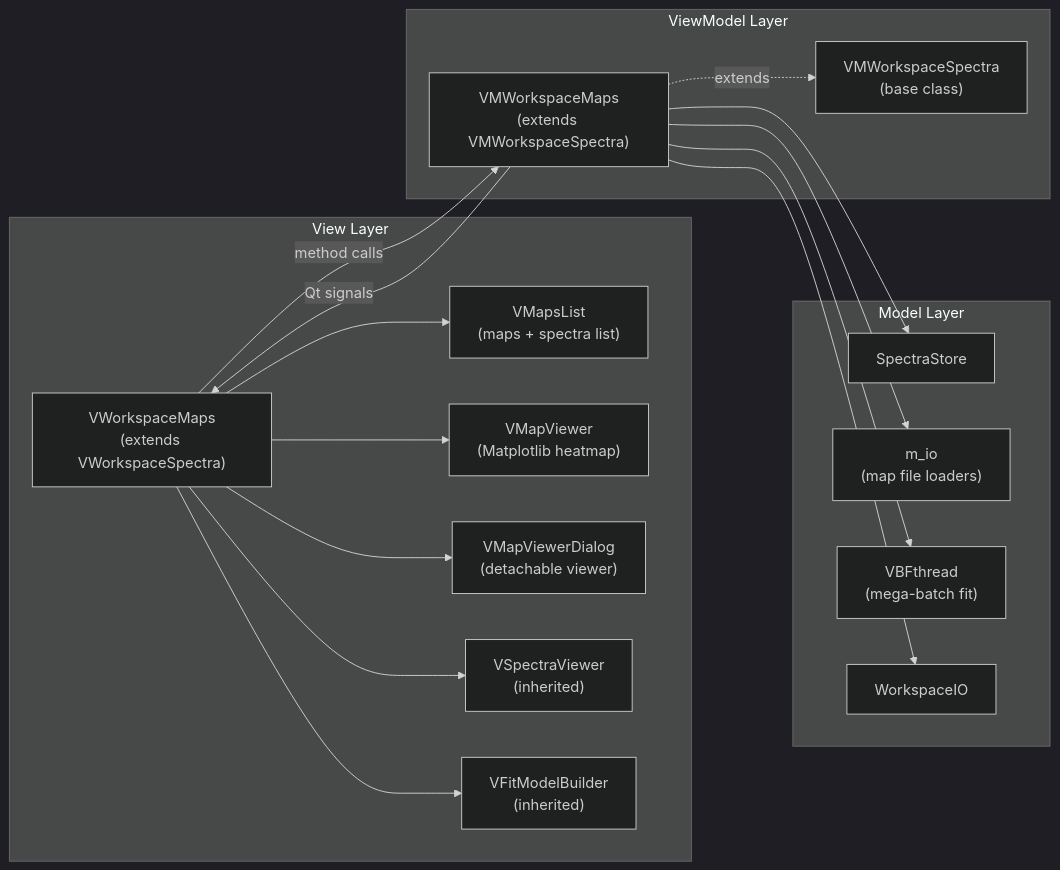
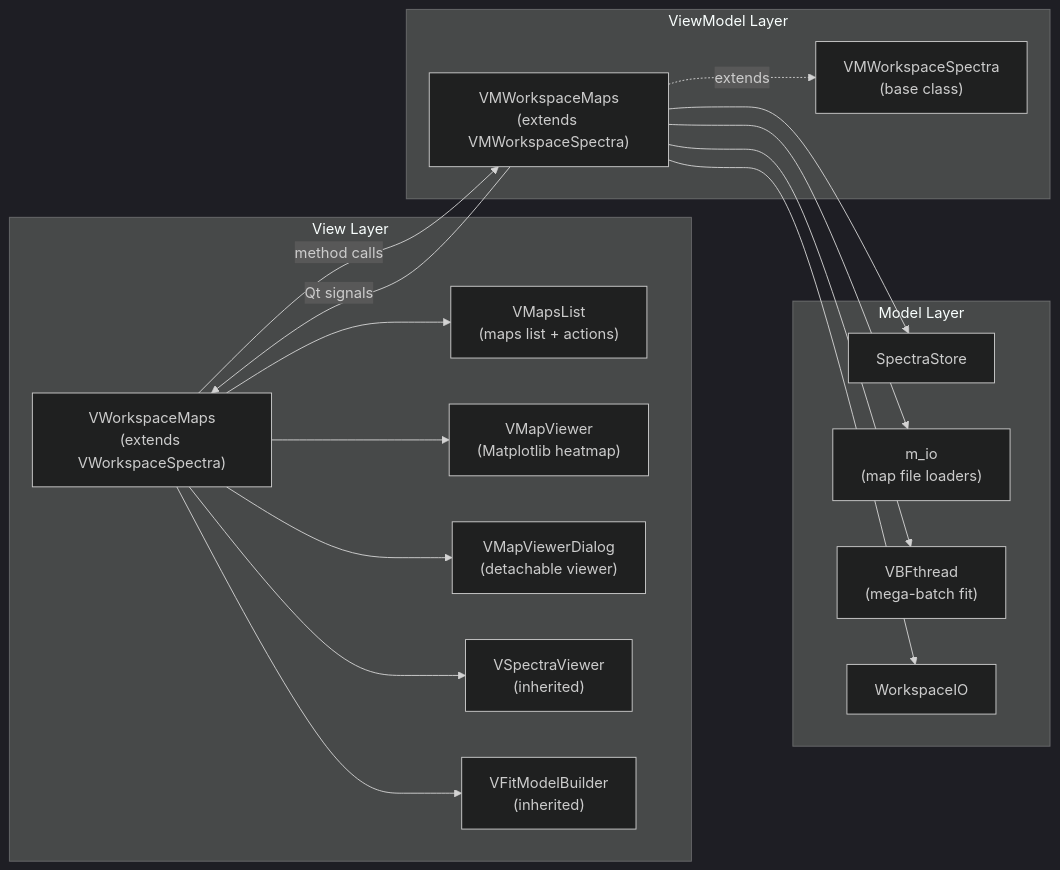
The diagram in docs/developer/maps.md (CEA-MetroCarac/SPECTROview), drawn with Mermaid (dark theme) before and after one commit. The commit also changed other lines of this file and 5 other files, not shown here.

First line of the commit message:
refactor(maps): remove redundant SpectraList and unify heatmap selection

````diff
--- a/docs/developer/maps.md
+++ b/docs/developer/maps.md
@@ -48,30 +48,30 @@
 ```mermaid
 graph LR
     subgraph View ["View Layer"]
         VWM["VWorkspaceMaps<br/>(extends VWorkspaceSpectra)"]
-        ML["VMapsList<br/>(maps + spectra list)"]
+        ML["VMapsList<br/>(maps list + actions)"]
         MV["VMapViewer<br/>(Matplotlib heatmap)"]
         MVD["VMapViewerDialog<br/>(detachable viewer)"]
         SV_inh["VSpectraViewer<br/>(inherited)"]
         FMB_inh["VFitModelBuilder<br/>(inherited)"]
     end
 
     subgraph VM ["ViewModel Layer"]
         VMWM["VMWorkspaceMaps<br/>(extends VMWorkspaceSpectra)"]
         VMWS_inh["VMWorkspaceSpectra<br/>(base class)"]
     end
 
     subgraph Model ["Model Layer"]
         SS["SpectraStore"]
         IO["m_io<br/>(map file loaders)"]
         VBF["VBFthread<br/>(mega-batch fit)"]
         WIO["WorkspaceIO"]
     end
 
     VWM --> ML & MV & MVD
     VWM --> SV_inh & FMB_inh
     VWM -->|"method calls"| VMWM
     VMWM -.->|"extends"| VMWS_inh
     VMWM -->|"Qt signals"| VWM
     VMWM --> SS & IO & VBF & WIO
 ```
````
